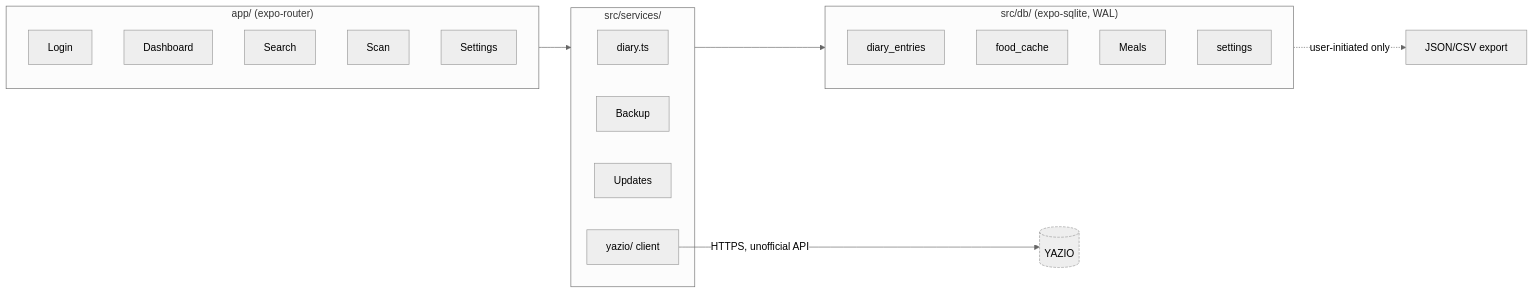
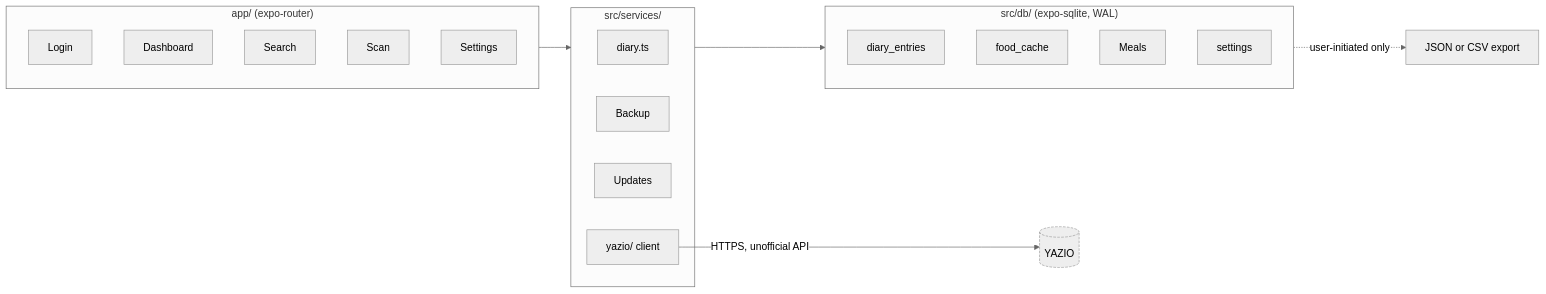
The diagram in ARCHITECTURE.md (kadato/Dietinator), drawn with Mermaid (neutral theme) before and after one commit. The commit also changed other lines of this file and 6 other files, not shown here.

````diff
--- a/ARCHITECTURE.md
+++ b/ARCHITECTURE.md
@@ -8,31 +8,31 @@
 ```mermaid
 flowchart LR
     subgraph UI["app/ (expo-router)"]
         Login
         Dashboard
         Search
         Scan
         Settings
     end
 
     subgraph Logic["src/services/"]
         Diary["diary.ts"]
         Backup
         Updates
         Yazio["yazio/ client"]
     end
 
     subgraph Data["src/db/ (expo-sqlite, WAL)"]
         Entries[diary_entries]
         Cache[food_cache]
         Meals
         SettingsTbl[settings]
     end
 
     UI --> Logic
     Logic --> Data
     Yazio -->|"HTTPS, unofficial API"| YAZIO[(YAZIO)]
-    Data -.->|"user-initiated only"| Export[JSON/CSV export]
+    Data -.->|"user-initiated only"| Export[JSON or CSV export]
 
     style YAZIO stroke-dasharray: 4 2
 ```
````
